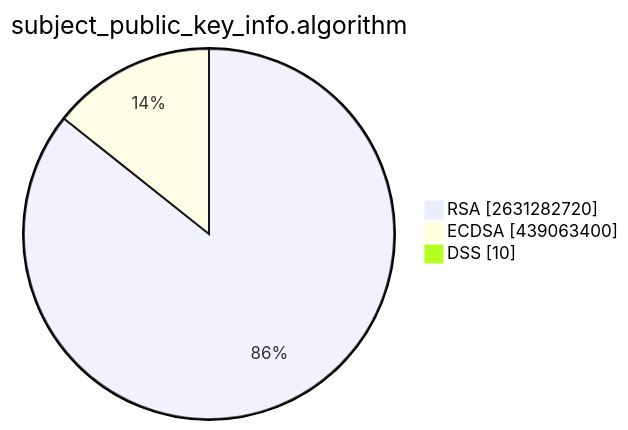
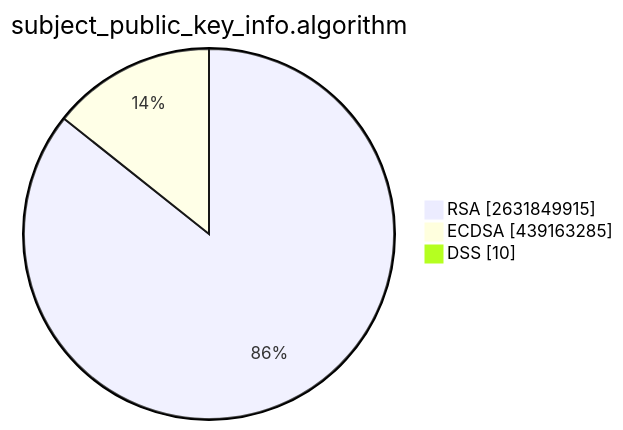
One commit to christiankrug/ctmonitor_visualization changed the second of 15 diagrams in TOTAL/README.md. Above: the diagram before and after it, drawn with Mermaid. The commit also changed other lines of this file, not shown here.

````diff
--- a/TOTAL/README.md
+++ b/TOTAL/README.md
@@ -6,7 +6,7 @@
 ```mermaid
 pie showData
 title subject_public_key_info.algorithm
-"RSA" :2631282720
-"ECDSA" :439063400
+"RSA" :2631849915
+"ECDSA" :439163285
 "DSS" :10
 ```
````
